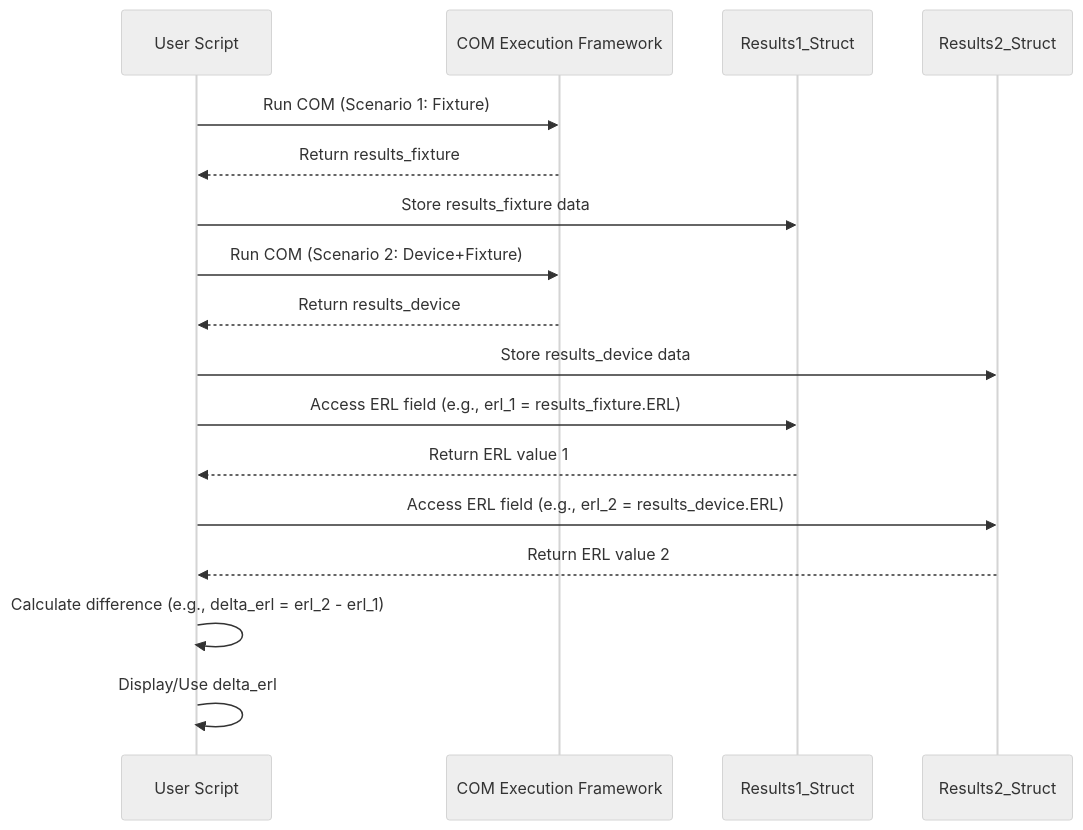
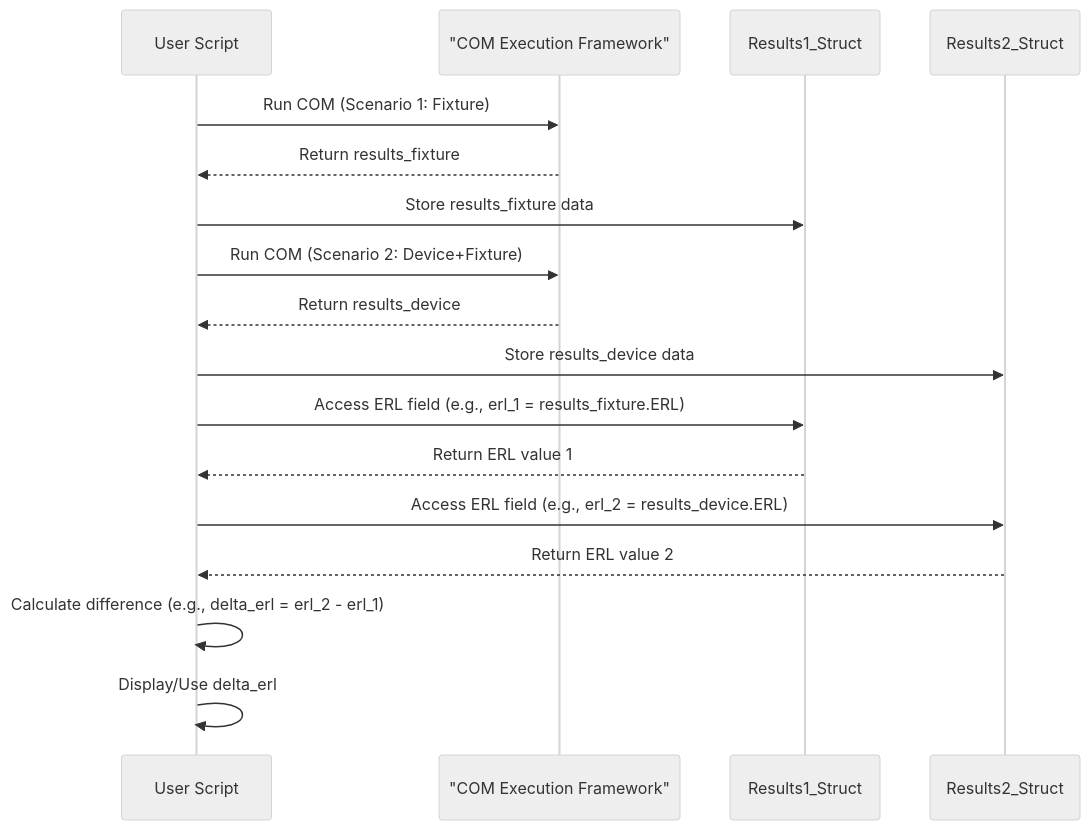
Before and after one commit to jueshi/PocketFlow-Tutorial-Codebase-Knowledge: the diagram in output/kr100G-ck/07_metric_extraction___comparison_.md, drawn with Mermaid (neutral theme). The commit also changed 282 other files, not shown here.

````diff
--- a/output/kr100G-ck/07_metric_extraction___comparison_.md
+++ b/output/kr100G-ck/07_metric_extraction___comparison_.md
@@ -153,22 +153,22 @@
 ```mermaid
 sequenceDiagram
     participant User Script
-    participant COM_Framework as COM Execution Framework
+    participant COM_Framework as "COM Execution Framework"
     participant Results1_Struct
     participant Results2_Struct
 
     User Script->>COM_Framework: Run COM (Scenario 1: Fixture)
     COM_Framework-->>User Script: Return results_fixture
     User Script->>Results1_Struct: Store results_fixture data
     User Script->>COM_Framework: Run COM (Scenario 2: Device+Fixture)
     COM_Framework-->>User Script: Return results_device
     User Script->>Results2_Struct: Store results_device data
 
     User Script->>Results1_Struct: Access ERL field (e.g., erl_1 = results_fixture.ERL)
     Results1_Struct-->>User Script: Return ERL value 1
     User Script->>Results2_Struct: Access ERL field (e.g., erl_2 = results_device.ERL)
     Results2_Struct-->>User Script: Return ERL value 2
 
     User Script->>User Script: Calculate difference (e.g., delta_erl = erl_2 - erl_1)
     User Script->>User Script: Display/Use delta_erl
 ```
````
